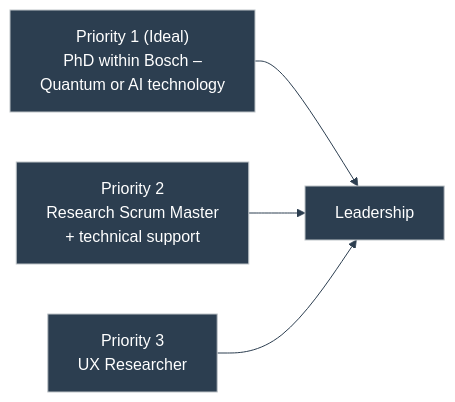
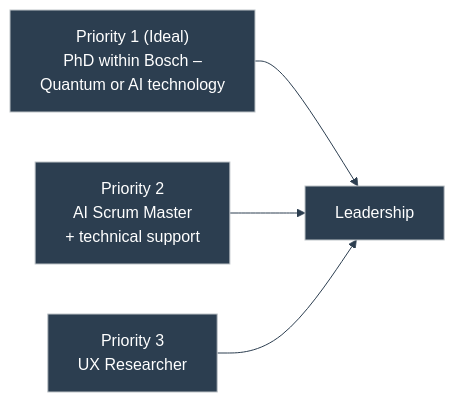
One commit to duducm2/my-personal-repo changed diagram 12 of 12 in portfolio/mermaid/diagrams.md. Above: the diagram before and after it, drawn with Mermaid. The commit also changed other lines of this file and 6 other files, not shown here.

Commit message:
Update diagrams and portfolio content to reflect the role of AI Scrum Master. Enhanced image alt text for clarity and added new diagram references in the portfolio. Adjusted resume content to include aspirations for the AI Scrum Master role.

````diff
--- a/portfolio/mermaid/diagrams.md
+++ b/portfolio/mermaid/diagrams.md
@@ -239,11 +239,11 @@
 ```mermaid
 %%{init: {'theme': 'base', 'themeVariables': { 'primaryColor': '#2c3e50', 'primaryTextColor': '#fff', 'primaryBorderColor': '#bdc3c7', 'lineColor': '#2c3e50', 'fontFamily': 'Lato'}}}%%
 flowchart LR
   P1["Priority 1 (Ideal)<br/>PhD within Bosch –<br/>Quantum or AI technology"]
-  P2["Priority 2<br/>Research Scrum Master<br/>+ technical support"]
+  P2["Priority 2<br/>AI Scrum Master<br/>+ technical support"]
   P3["Priority 3<br/>UX Researcher"]
   Lead["Leadership"]
   P1 --> Lead
   P2 --> Lead
   P3 --> Lead
 ```
````
